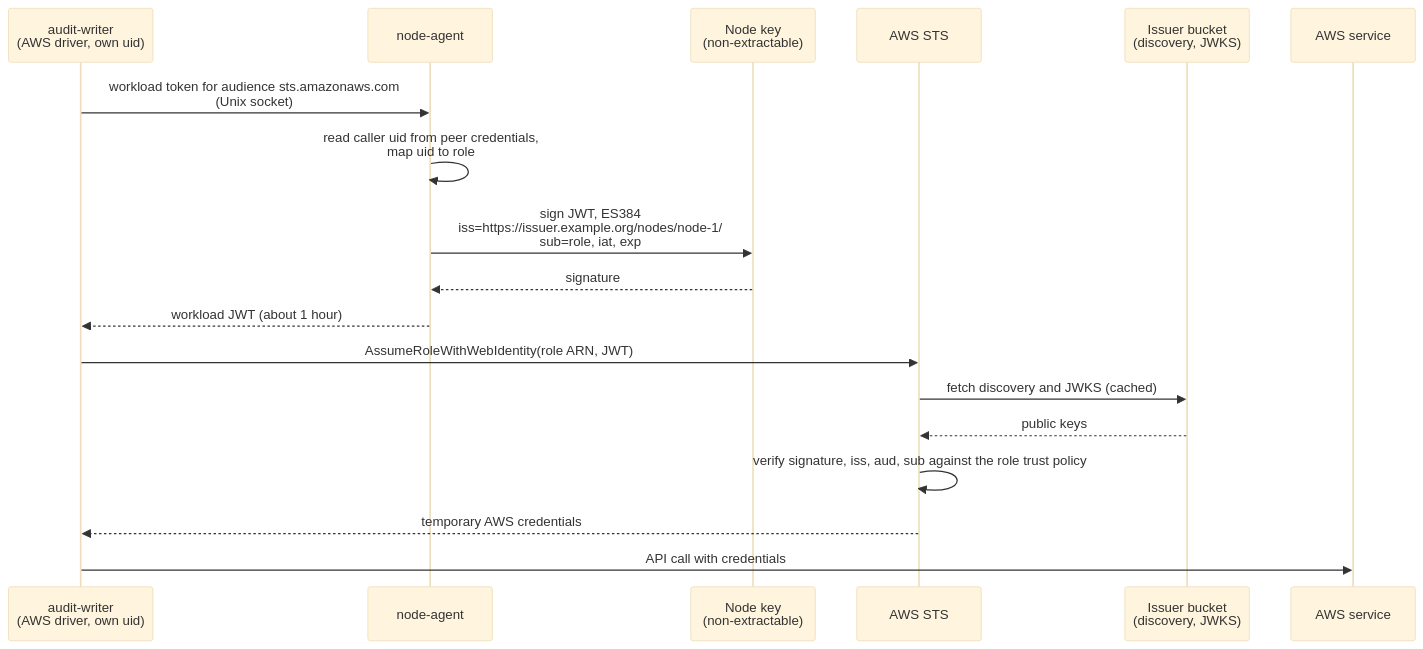
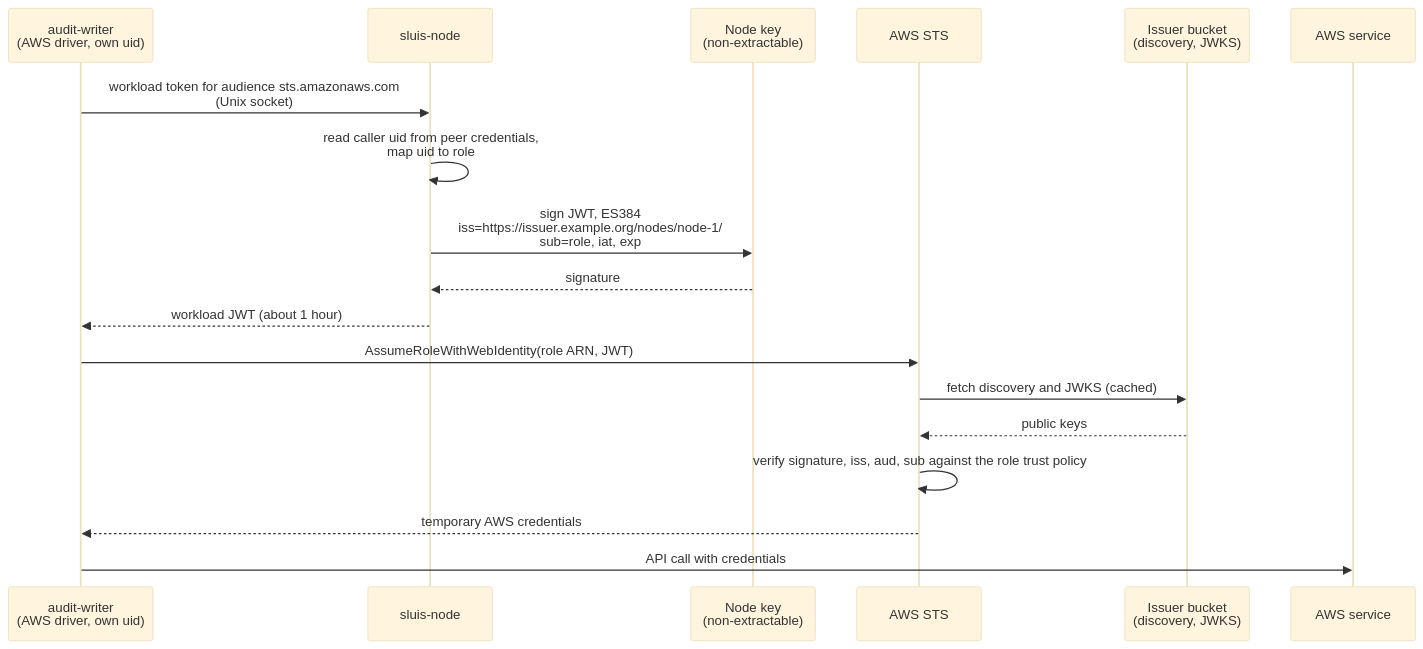
The diagram in docs/concepts/identity.md (truvity/sluis), drawn with Mermaid (base theme) before and after one commit. The commit also changed other lines of this file and 26 other files, not shown here.

````diff
--- a/docs/concepts/identity.md
+++ b/docs/concepts/identity.md
@@ -51,21 +47,21 @@
 ```mermaid
 sequenceDiagram
   participant D as audit-writer<br/>(AWS driver, own uid)
-  participant N as node-agent
+  participant N as sluis-node
   participant K as Node key<br/>(non-extractable)
   participant S as AWS STS
   participant B as Issuer bucket<br/>(discovery, JWKS)
   participant A as AWS service
 
   D->>N: workload token for audience sts.amazonaws.com<br/>(Unix socket)
   N->>N: read caller uid from peer credentials,<br/>map uid to role
   N->>K: sign JWT, ES384<br/>iss=https://issuer.example.org/nodes/node-1/<br/>sub=role, iat, exp
   K-->>N: signature
   N-->>D: workload JWT (about 1 hour)
   D->>S: AssumeRoleWithWebIdentity(role ARN, JWT)
   S->>B: fetch discovery and JWKS (cached)
   B-->>S: public keys
   S->>S: verify signature, iss, aud, sub against the role trust policy
   S-->>D: temporary AWS credentials
   D->>A: API call with credentials
 ```
````
